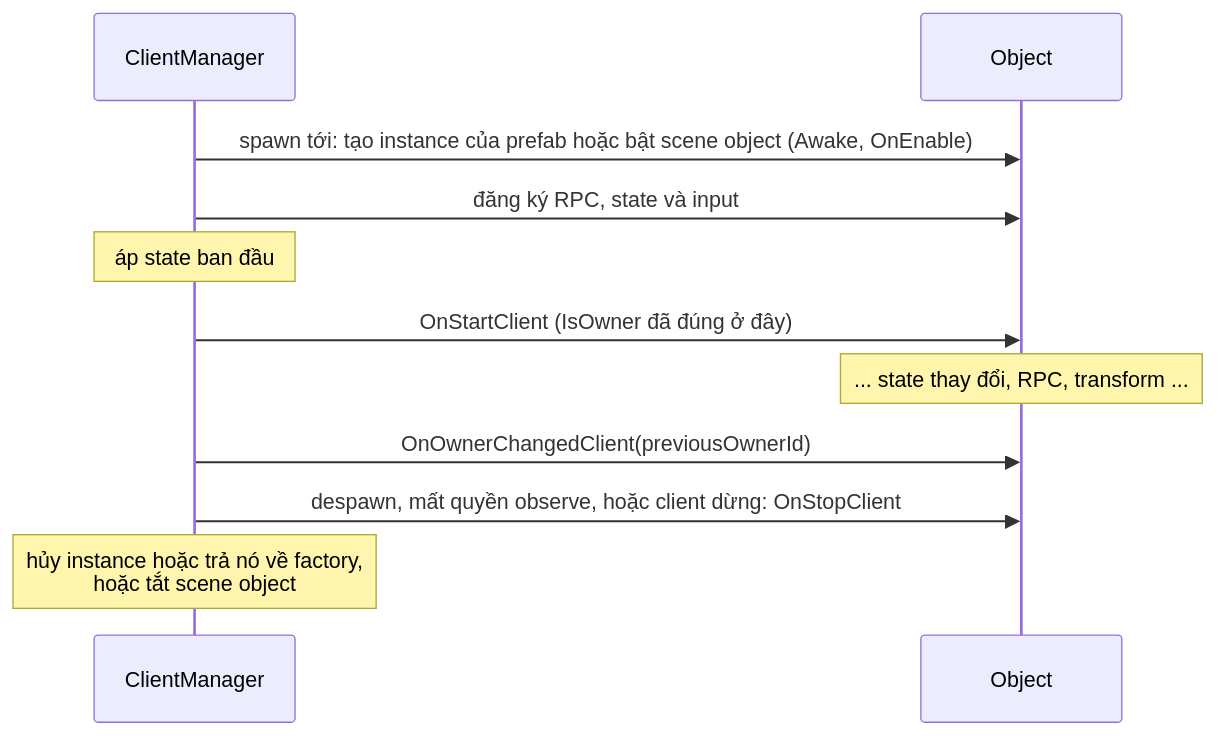
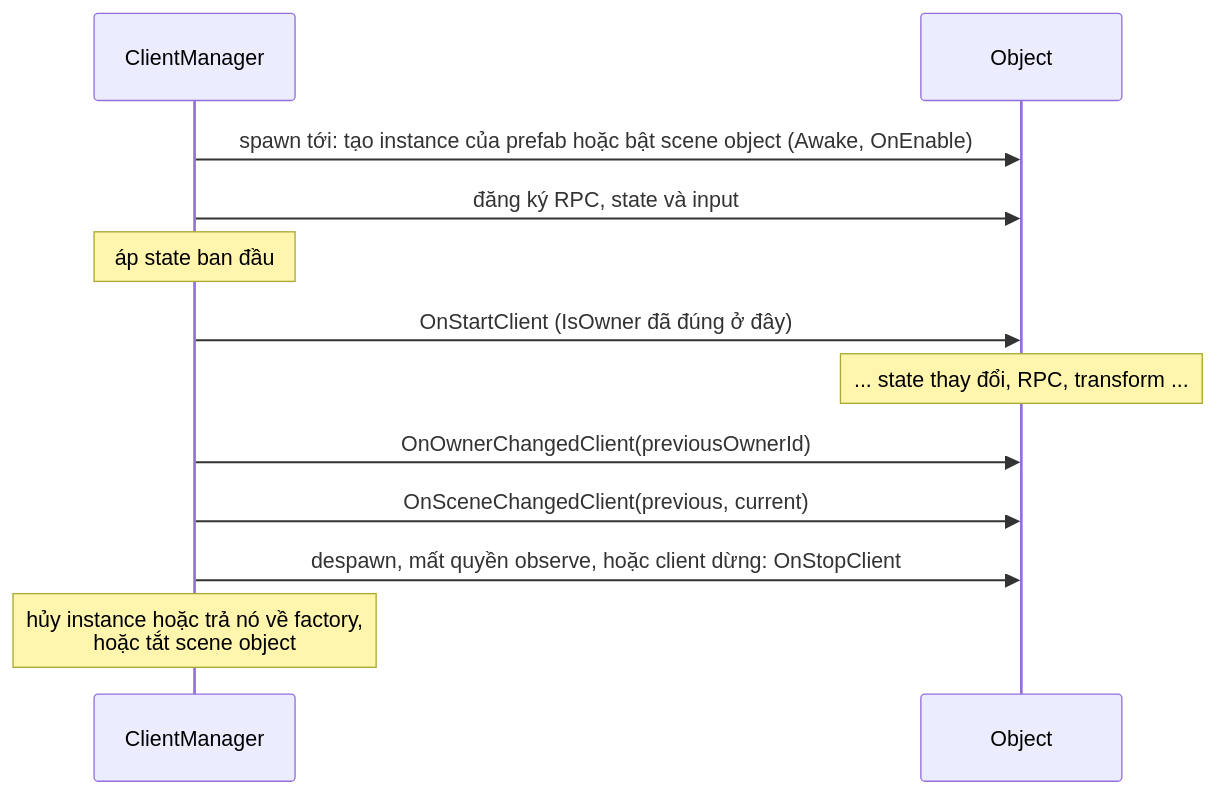
The fourth of 4 diagrams in vi/concepts/lifecycle.md (fomoxa/unity-docs), drawn with Mermaid before and after one commit. The commit also changed other lines of this file and 27 other files, not shown here.

````diff
--- a/vi/concepts/lifecycle.md
+++ b/vi/concepts/lifecycle.md
@@ -83,13 +84,14 @@
 ```mermaid
 sequenceDiagram
     participant CM as ClientManager
     participant Obj as Object
     CM->>Obj: spawn tới: tạo instance của prefab hoặc bật scene object (Awake, OnEnable)
     CM->>Obj: đăng ký RPC, state và input
     Note over CM: áp state ban đầu
     CM->>Obj: OnStartClient (IsOwner đã đúng ở đây)
     Note over Obj: ... state thay đổi, RPC, transform ...
     CM->>Obj: OnOwnerChangedClient(previousOwnerId)
+    CM->>Obj: OnSceneChangedClient(previous, current)
     CM->>Obj: despawn, mất quyền observe, hoặc client dừng: OnStopClient
     Note over CM: hủy instance hoặc trả nó về factory,<br/>hoặc tắt scene object
 ```
````
